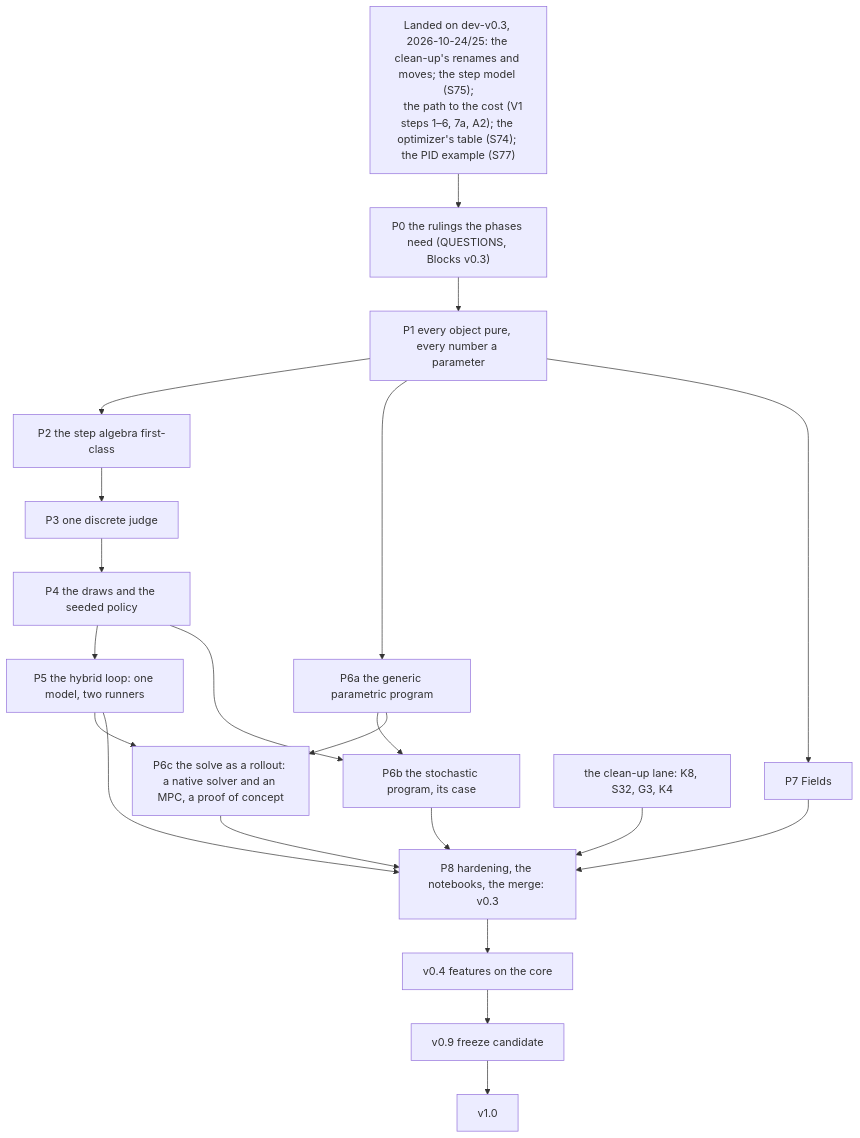
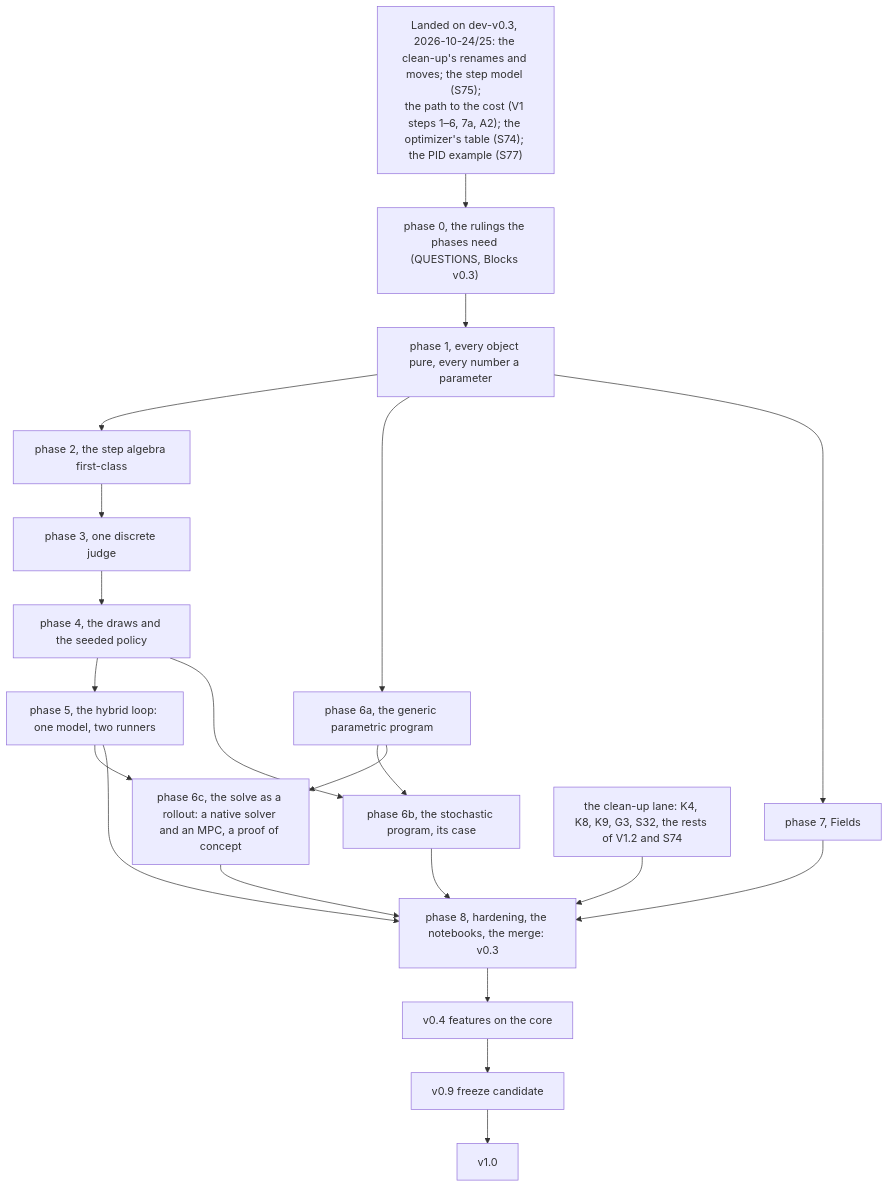
Before and after one commit to alx87grd/minilink: the diagram in docs/dev/ROADMAP.md, drawn with Mermaid. The commit also changed other lines of this file and 14 other files, not shown here.

````diff
--- a/docs/dev/ROADMAP.md
+++ b/docs/dev/ROADMAP.md
@@ -289,25 +292,24 @@
 ```mermaid
 flowchart TB
-    L["Landed on dev-v0.3, 2026-10-24/25: the clean-up's renames and moves; the step model (S75);
-    the path to the cost (V1 steps 1–6, 7a, A2); the optimizer's table (S74); the PID example (S77)"]
-    L --> P0["P0 the rulings the phases need (QUESTIONS, Blocks v0.3)"]
-    P0 --> P1["P1 every object pure, every number a parameter"]
-    P1 --> P2["P2 the step algebra first-class"]
-    P2 --> P3["P3 one discrete judge"]
-    P3 --> P4["P4 the draws and the seeded policy"]
-    P4 --> P5["P5 the hybrid loop: one model, two runners"]
-    P1 --> P6a["P6a the generic parametric program"]
-    P6a --> P6b["P6b the stochastic program, its case"]
-    P4 --> P6b
-    P6a --> P6c["P6c the solve as a rollout: a native solver and an MPC, a proof of concept"]
-    P5 --> P6c
-    P1 --> P7["P7 Fields"]
-    K["the clean-up lane: K8, S32, G3, K4"] --> P8
-    P5 --> P8["P8 hardening, the notebooks, the merge: v0.3"]
-    P6b --> P8
-    P6c --> P8
-    P7 --> P8
-    P8 --> V4["v0.4 features on the core"]
+    L["Landed on dev-v0.3, 2026-10-24/25: the clean-up's renames and moves; the step model (S75);<br/>the path to the cost (V1 steps 1–6, 7a, A2); the optimizer's table (S74); the PID example (S77)"]
+    L --> F0["phase 0, the rulings the phases need (QUESTIONS, Blocks v0.3)"]
+    F0 --> F1["phase 1, every object pure, every number a parameter"]
+    F1 --> F2["phase 2, the step algebra first-class"]
+    F2 --> F3["phase 3, one discrete judge"]
+    F3 --> F4["phase 4, the draws and the seeded policy"]
+    F4 --> F5["phase 5, the hybrid loop: one model, two runners"]
+    F1 --> F6a["phase 6a, the generic parametric program"]
+    F6a --> F6b["phase 6b, the stochastic program, its case"]
+    F4 --> F6b
+    F6a --> F6c["phase 6c, the solve as a rollout: a native solver and an MPC, a proof of concept"]
+    F5 --> F6c
+    F1 --> F7["phase 7, Fields"]
+    K["the clean-up lane: K4, K8, K9, G3, S32, the rests of V1.2 and S74"] --> F8
+    F5 --> F8["phase 8, hardening, the notebooks, the merge: v0.3"]
+    F6b --> F8
+    F6c --> F8
+    F7 --> F8
+    F8 --> V4["v0.4 features on the core"]
     V4 --> V9["v0.9 freeze candidate"]
     V9 --> V10["v1.0"]
 ```
````
